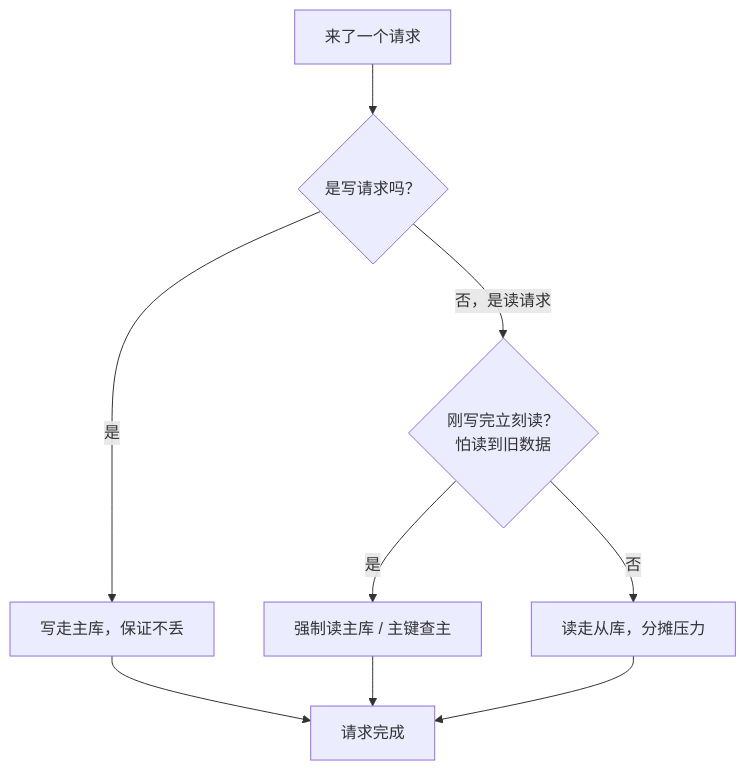
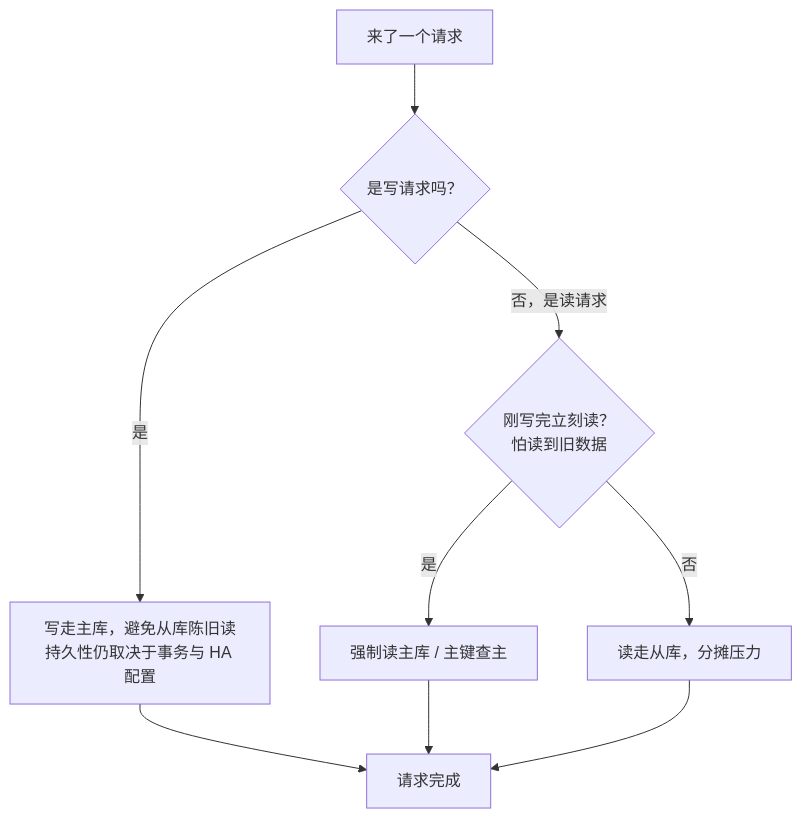
One commit to CrazyForks/java-full-stack changed the fifth of 7 diagrams in docs/03-阶段三-数据持久化与中间件/02-高可用与分库分表.md. Above: the diagram before and after it, drawn with Mermaid. The commit also changed other lines of this file and 58 other files, not shown here.

````diff
--- a/docs/03-阶段三-数据持久化与中间件/02-高可用与分库分表.md
+++ b/docs/03-阶段三-数据持久化与中间件/02-高可用与分库分表.md
@@ -188,11 +188,11 @@
 ```mermaid
 flowchart TD
     Req["来了一个请求"] --> IsWrite{是写请求吗？}
-    IsWrite -- 是 --> MW["写走主库，保证不丢"]
+    IsWrite -- 是 --> MW["写走主库，避免从库陈旧读<br/>持久性仍取决于事务与 HA 配置"]
     IsWrite -- 否，是读请求 --> Stale{刚写完立刻读？<br/>怕读到旧数据}
     Stale -- 是 --> Force["强制读主库 / 主键查主"]
     Stale -- 否 --> RW["读走从库，分摊压力"]
     MW --> Done["请求完成"]
     Force --> Done
     RW --> Done
 ```
````
